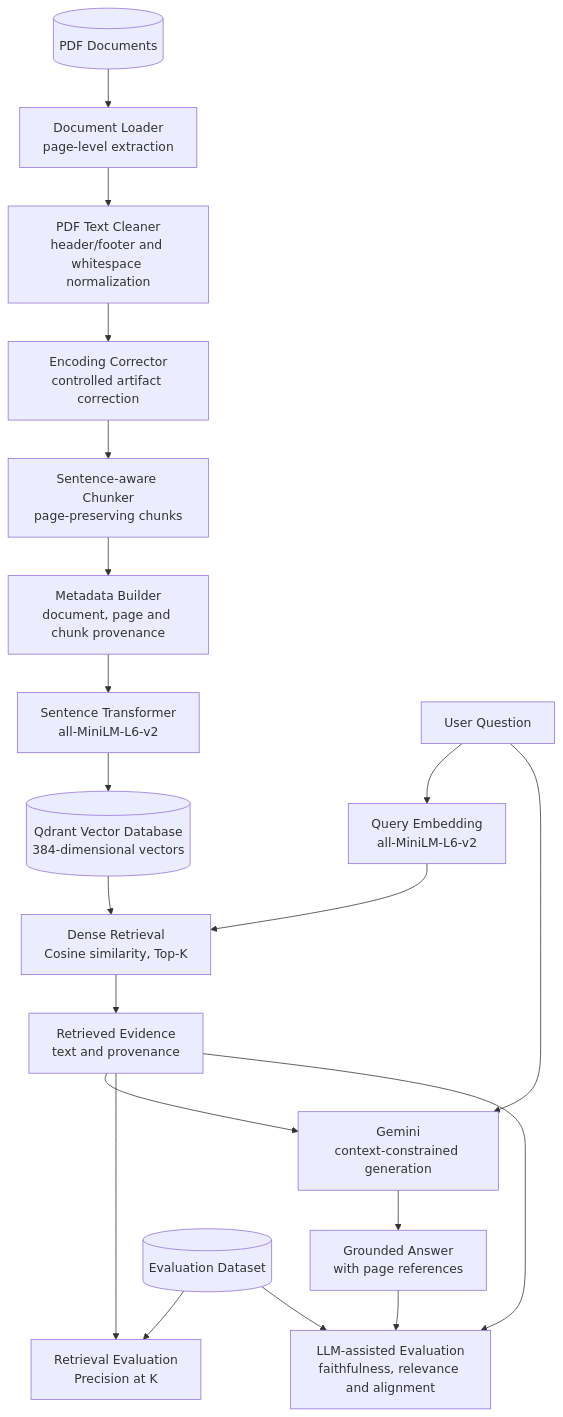
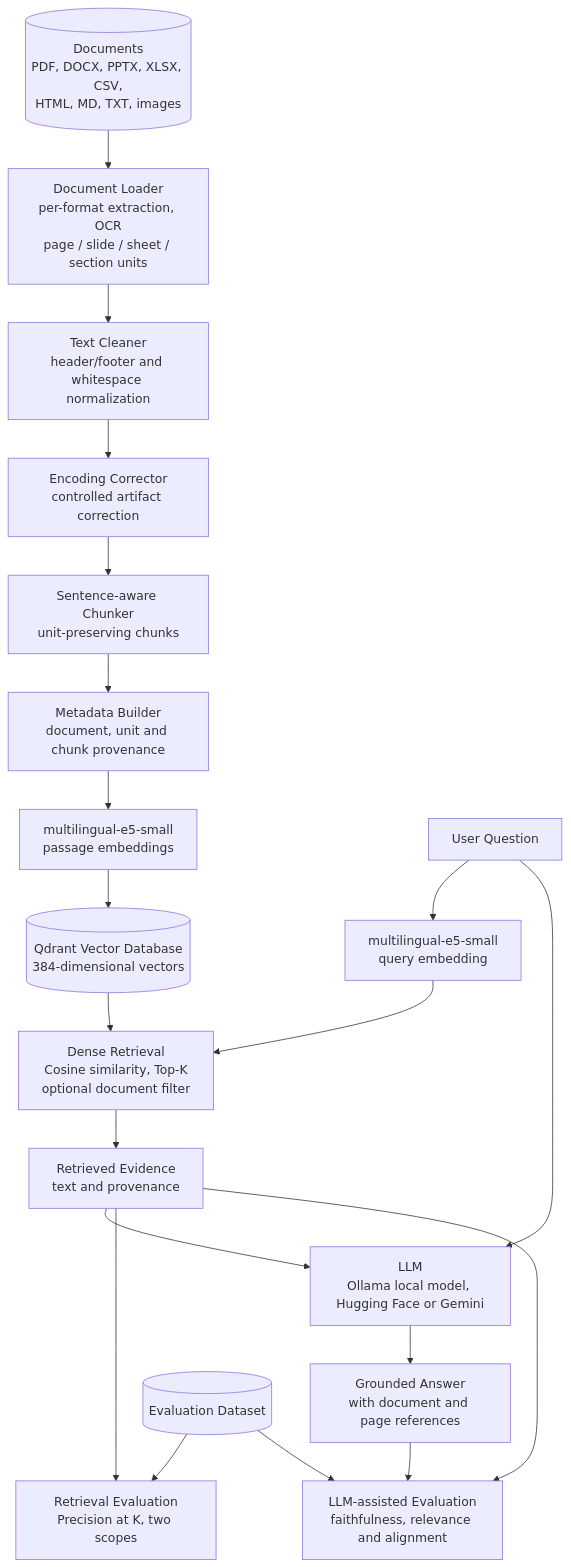
One commit to soumailaniampa11/multimodal-genai-decision-support changed the first of 2 diagrams in README.md. Above: the diagram before and after it, drawn with Mermaid. The commit also changed other lines of this file and 20 other files, not shown here.

First line of the commit message:
feat: multi-format ingestion, local LLM, multilingual retrieval and evaluation scopes

````diff
--- a/README.md
+++ b/README.md
@@ -82,46 +81,46 @@
 ```mermaid
 flowchart TB
 
-    PDF[(PDF Documents)]
+    DOCS[(Documents<br/>PDF, DOCX, PPTX, XLSX, CSV,<br/>HTML, MD, TXT, images)]
 
-    DL[Document Loader<br/>page-level extraction]
-    CL[PDF Text Cleaner<br/>header/footer and whitespace normalization]
+    DL[Document Loader<br/>per-format extraction, OCR<br/>page / slide / sheet / section units]
+    CL[Text Cleaner<br/>header/footer and whitespace normalization]
     EC[Encoding Corrector<br/>controlled artifact correction]
-    CH[Sentence-aware Chunker<br/>page-preserving chunks]
-    MB[Metadata Builder<br/>document, page and chunk provenance]
-    EM[Sentence Transformer<br/>all-MiniLM-L6-v2]
+    CH[Sentence-aware Chunker<br/>unit-preserving chunks]
+    MB[Metadata Builder<br/>document, unit and chunk provenance]
+    EM[multilingual-e5-small<br/>passage embeddings]
     VS[(Qdrant Vector Database<br/>384-dimensional vectors)]
 
-    PDF --> DL
+    DOCS --> DL
     DL --> CL
     CL --> EC
     EC --> CH
     CH --> MB
     MB --> EM
     EM --> VS
 
     Q[User Question]
-    QE[Query Embedding<br/>all-MiniLM-L6-v2]
-    RET[Dense Retrieval<br/>Cosine similarity, Top-K]
+    QE[multilingual-e5-small<br/>query embedding]
+    RET[Dense Retrieval<br/>Cosine similarity, Top-K<br/>optional document filter]
     EV[Retrieved Evidence<br/>text and provenance]
-    LLM[Gemini<br/>context-constrained generation]
-    A[Grounded Answer<br/>with page references]
+    LLM[LLM<br/>Ollama local model, Hugging Face or Gemini]
+    A[Grounded Answer<br/>with document and page references]
 
     Q --> QE
     QE --> RET
     VS --> RET
     RET --> EV
     EV --> LLM
     Q --> LLM
     LLM --> A
 
     DS[(Evaluation Dataset)]
-    RE[Retrieval Evaluation<br/>Precision at K]
+    RE[Retrieval Evaluation<br/>Precision at K, two scopes]
     GE[LLM-assisted Evaluation<br/>faithfulness, relevance and alignment]
 
     DS --> RE
     DS --> GE
     EV --> RE
     EV --> GE
     A --> GE
 ```
````
